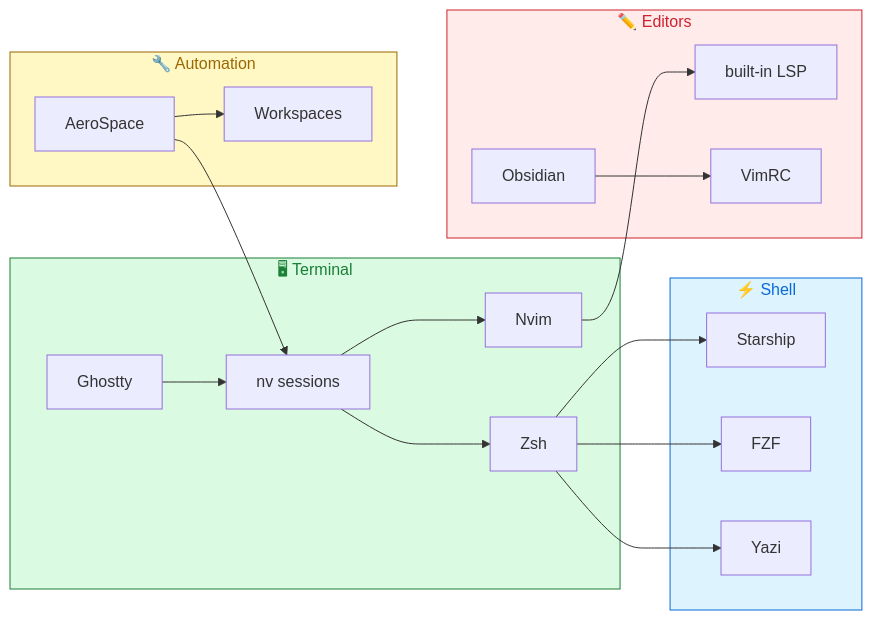
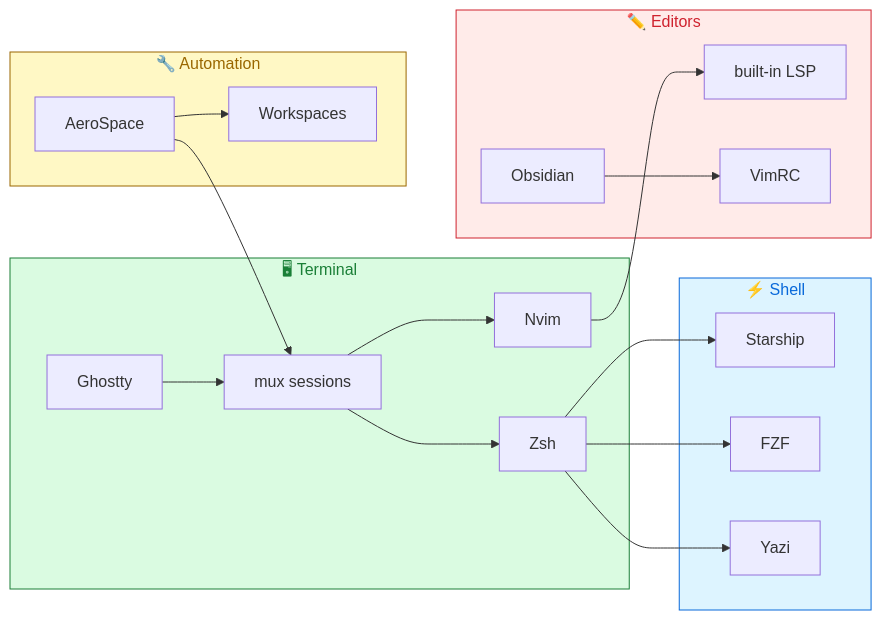
One commit to snesjhon/dotfiles changed the diagram in README.md. Above: the diagram before and after it, drawn with Mermaid. The commit also changed other lines of this file and 6 other files, not shown here.

````diff
--- a/README.md
+++ b/README.md
@@ -38,29 +38,29 @@
 ```mermaid
 graph LR
     subgraph Terminal["🖥 Terminal"]
-        Ghostty --> Sessions["nv sessions"]
+        Ghostty --> Sessions["mux sessions"]
         Sessions --> Zsh
         Sessions --> Nvim
     end
 
     subgraph Shell["⚡ Shell"]
         Zsh --> Starship
         Zsh --> FZF
         Zsh --> Yazi
     end
 
     subgraph Automation["🔧 Automation"]
         AeroSpace --> Workspaces
         AeroSpace --> Sessions
     end
 
     subgraph Editors["✏️ Editors"]
         Nvim --> LSP["built-in LSP"]
         Obsidian --> VimRC
     end
 
     style Terminal fill:#dafbe1,stroke:#1a7f37,color:#1a7f37
     style Shell fill:#ddf4ff,stroke:#0969da,color:#0969da
     style Automation fill:#fff8c5,stroke:#9a6700,color:#9a6700
     style Editors fill:#ffebe9,stroke:#cf222e,color:#cf222e
 ```
````
